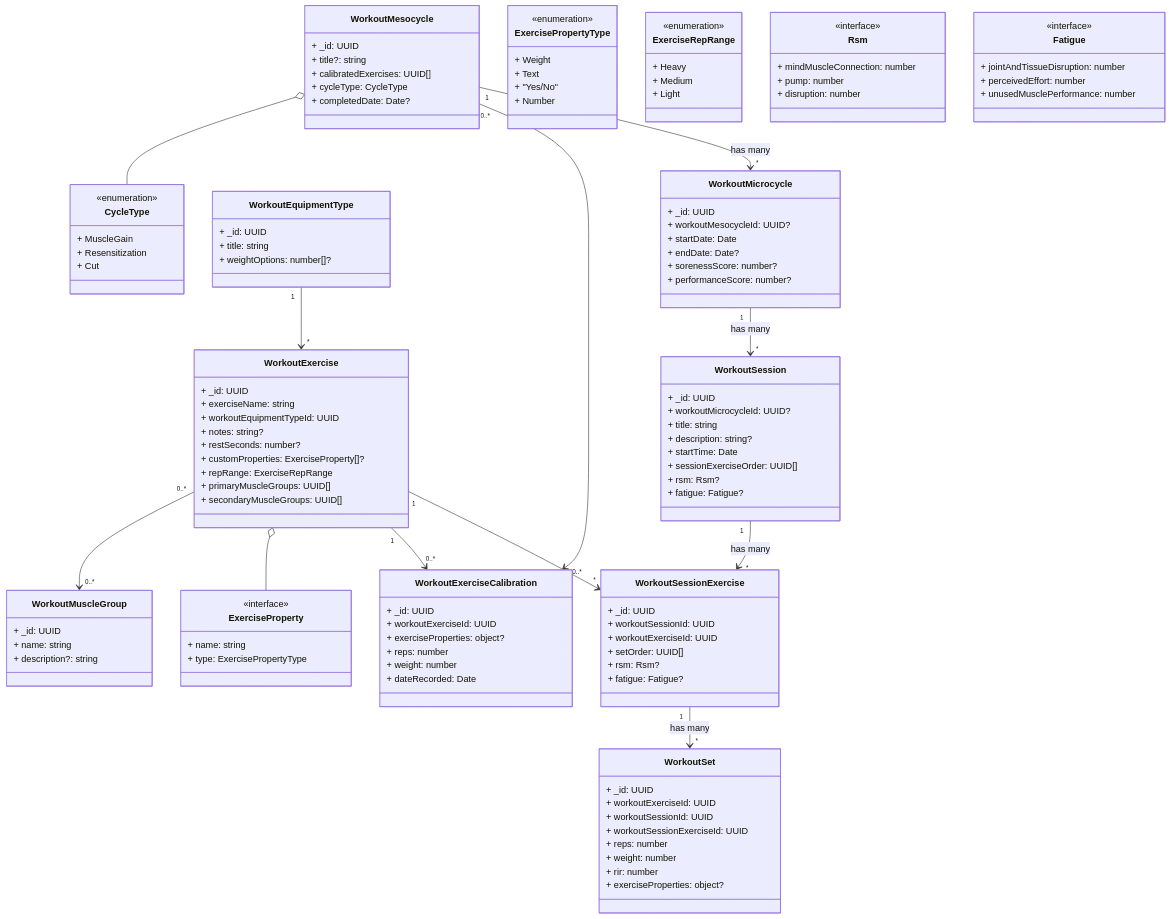
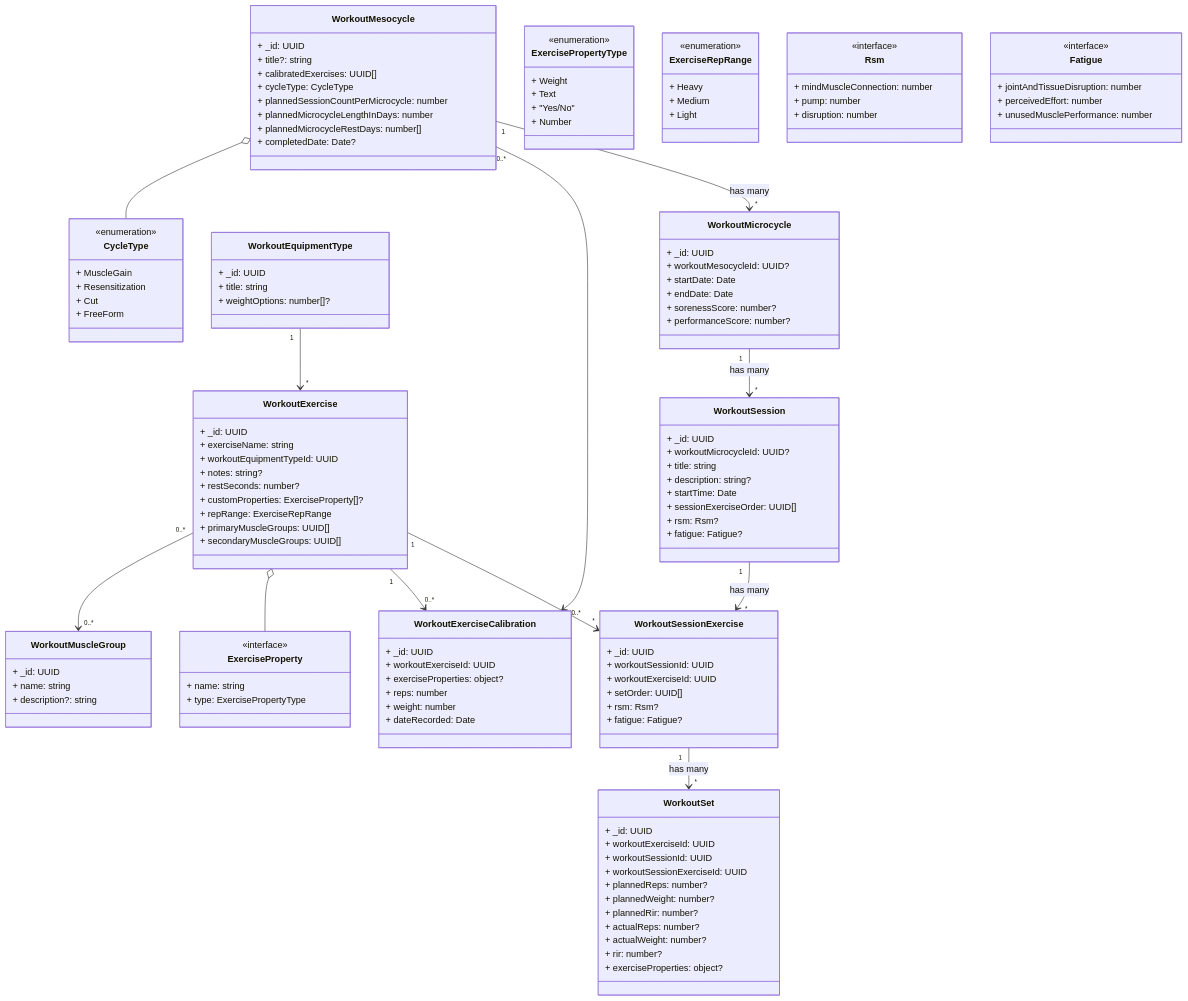
One commit to aneuhold/ts-libs changed the first of 2 diagrams in packages/core-ts-db-lib/src/documents/dashboard/workouts/workouts.md. Above: the diagram before and after it, drawn with Mermaid. The commit also changed other lines of this file, not shown here.

```diff
--- a/packages/core-ts-db-lib/src/documents/dashboard/workouts/workouts.md
+++ b/packages/core-ts-db-lib/src/documents/dashboard/workouts/workouts.md
@@ -9,6 +9,9 @@
     + title?: string
     + calibratedExercises: UUID[]
     + cycleType: CycleType
+    + plannedSessionCountPerMicrocycle: number
+    + plannedMicrocycleLengthInDays: number
+    + plannedMicrocycleRestDays: number[]
     + completedDate: Date?
   }
 
@@ -16,7 +19,7 @@
     + _id: UUID
     + workoutMesocycleId: UUID?
     + startDate: Date
-    + endDate: Date?
+    + endDate: Date
     + sorenessScore: number?
     + performanceScore: number?
   }
@@ -46,9 +49,12 @@
     + workoutExerciseId: UUID
     + workoutSessionId: UUID
     + workoutSessionExerciseId: UUID
-    + reps: number
-    + weight: number
-    + rir: number
+    + plannedReps: number?
+    + plannedWeight: number?
+    + plannedRir: number?
+    + actualReps: number?
+    + actualWeight: number?
+    + rir: number?
     + exerciseProperties: object?
   }
 
@@ -125,6 +131,7 @@
     + MuscleGain
     + Resensitization
     + Cut
+    + FreeForm
   }
 
   WorkoutEquipmentType "1" --> "*" WorkoutExercise
```
